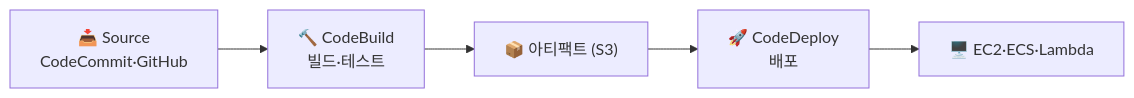
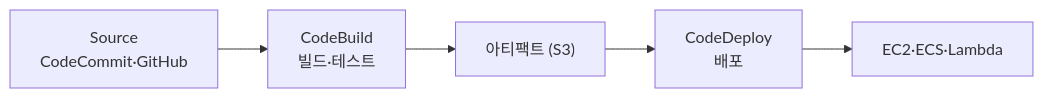
The diagram in contents/aws/automation/codepipeline/index.mdx (una0801/yoona-tech), drawn with Mermaid before and after one commit. The commit also changed other lines of this file and 56 other files, not shown here.

````diff
--- a/contents/aws/automation/codepipeline/index.mdx
+++ b/contents/aws/automation/codepipeline/index.mdx
@@ -42,7 +25,7 @@
 ```mermaid
 flowchart LR
-    Src["📥 Source<br/>CodeCommit·GitHub"] --> Build["🔨 CodeBuild<br/>빌드·테스트"]
-    Build --> Artifact["📦 아티팩트 (S3)"]
-    Artifact --> Deploy["🚀 CodeDeploy<br/>배포"]
-    Deploy --> Target["🖥️ EC2·ECS·Lambda"]
+    Src["Source<br/>CodeCommit·GitHub"] --> Build["CodeBuild<br/>빌드·테스트"]
+    Build --> Artifact["아티팩트 (S3)"]
+    Artifact --> Deploy["CodeDeploy<br/>배포"]
+    Deploy --> Target["EC2·ECS·Lambda"]
 ```
````
